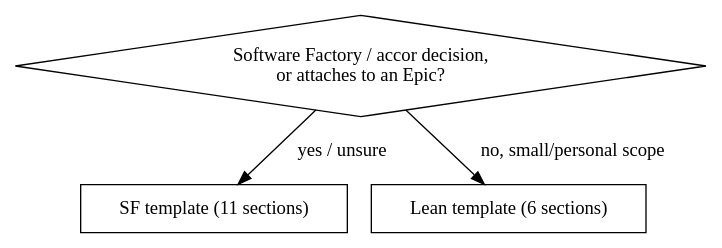
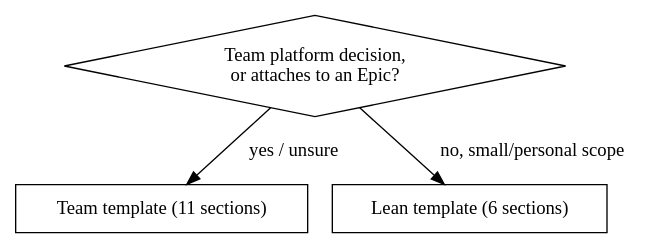
One commit to svnlto/nix-config changed the diagram in common/claude-code/skills/writing-adrs/SKILL.md. Above: the diagram before and after it, drawn with Graphviz. The commit also changed other lines of this file and 4 other files, not shown here.

````diff
--- a/common/claude-code/skills/writing-adrs/SKILL.md
+++ b/common/claude-code/skills/writing-adrs/SKILL.md
@@ -35,9 +35,9 @@
 ```dot
 digraph pick {
-  "Software Factory / accor decision,\nor attaches to an Epic?" [shape=diamond];
-  "SF template (11 sections)" [shape=box];
+  "Team platform decision,\nor attaches to an Epic?" [shape=diamond];
+  "Team template (11 sections)" [shape=box];
   "Lean template (6 sections)" [shape=box];
-  "Software Factory / accor decision,\nor attaches to an Epic?" -> "SF template (11 sections)" [label="yes / unsure"];
-  "Software Factory / accor decision,\nor attaches to an Epic?" -> "Lean template (6 sections)" [label="no, small/personal scope"];
+  "Team platform decision,\nor attaches to an Epic?" -> "Team template (11 sections)" [label="yes / unsure"];
+  "Team platform decision,\nor attaches to an Epic?" -> "Lean template (6 sections)" [label="no, small/personal scope"];
 }
 ```
````
